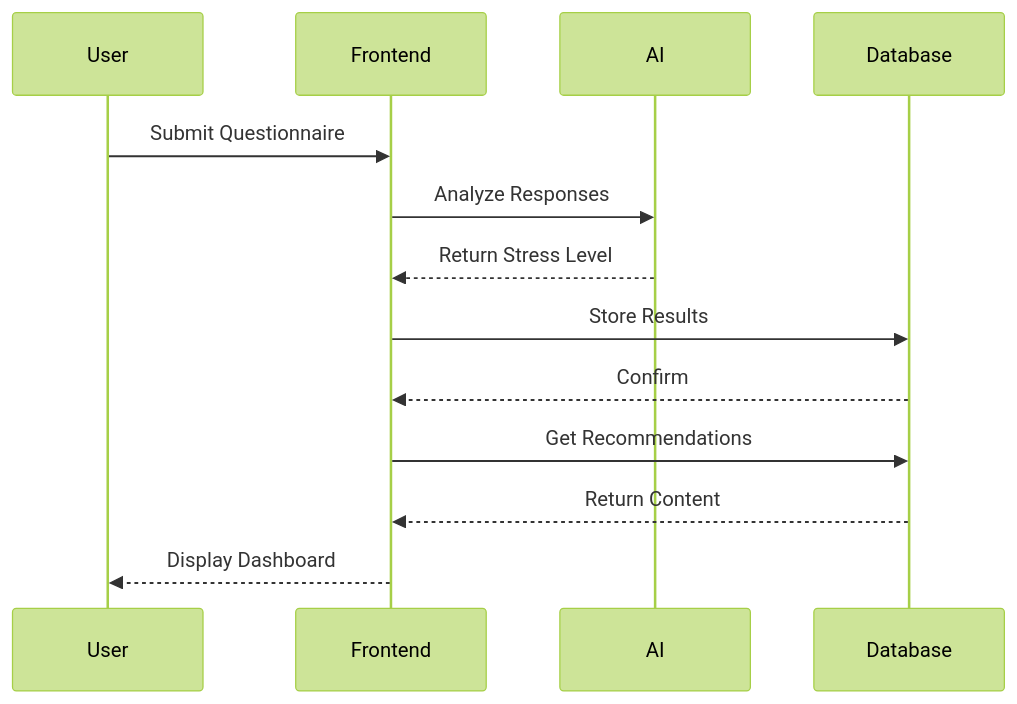
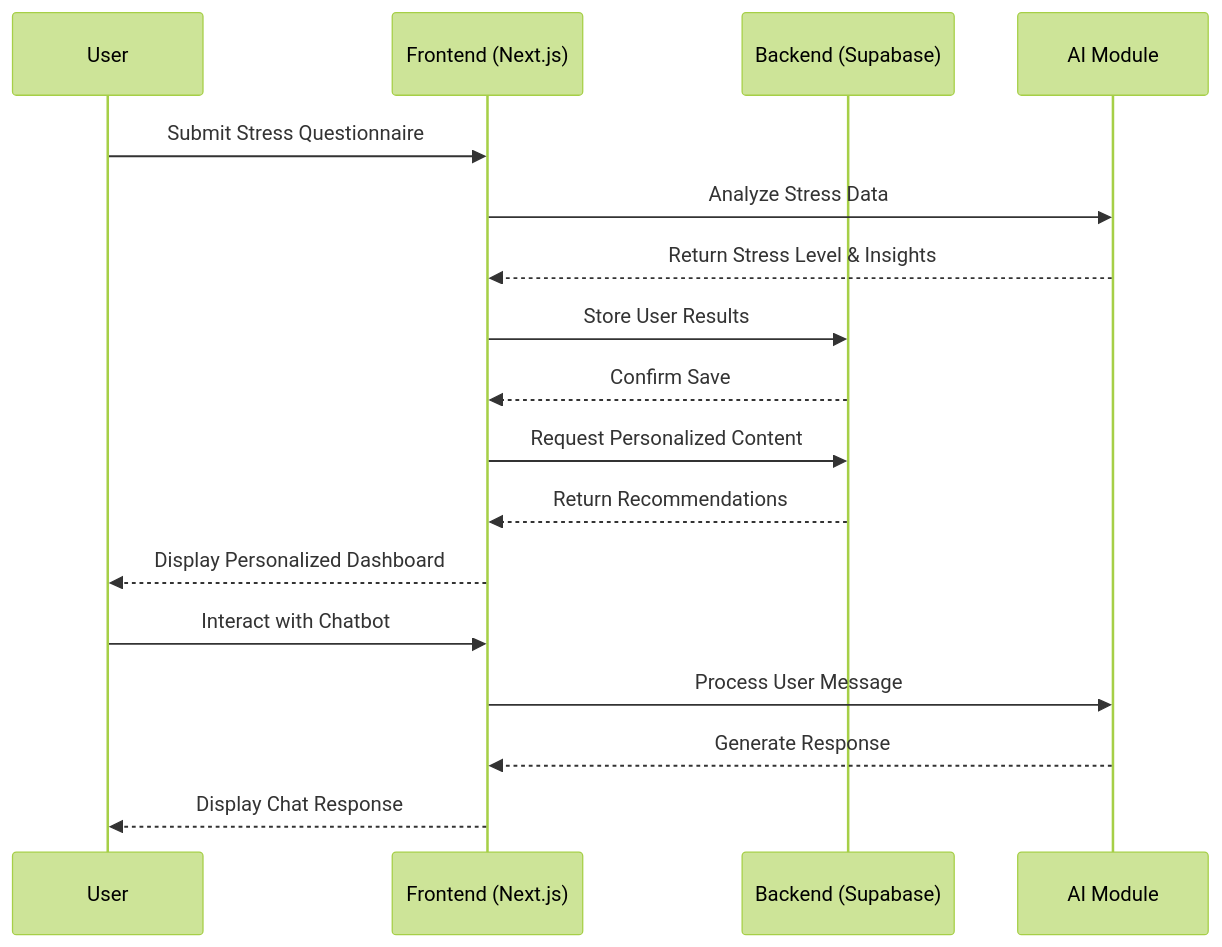
One commit to Hardik-369/AI-Stree-Reducer-Document changed the third of 5 diagrams in AI_Stress_Reducer_Report_Compact_Final.md. Above: the diagram before and after it, drawn with Mermaid (forest theme). The commit also changed other lines of this file, not shown here.

````diff
--- a/AI_Stress_Reducer_Report_Compact_Final.md
+++ b/AI_Stress_Reducer_Report_Compact_Final.md
@@ -143,11 +159,21 @@
 ```mermaid
 sequenceDiagram
-    User->>Frontend: Submit Questionnaire
-    Frontend->>AI: Analyze Responses
-    AI-->>Frontend: Return Stress Level
-    Frontend->>Database: Store Results
-    Database-->>Frontend: Confirm
-    Frontend->>Database: Get Recommendations
-    Database-->>Frontend: Return Content
-    Frontend-->>User: Display Dashboard
+    participant U as User
+    participant F as Frontend (Next.js)
+    participant B as Backend (Supabase)
+    participant AI as AI Module
+
+    U->>F: Submit Stress Questionnaire
+    F->>AI: Analyze Stress Data
+    AI-->>F: Return Stress Level & Insights
+    F->>B: Store User Results
+    B-->>F: Confirm Save
+    F->>B: Request Personalized Content
+    B-->>F: Return Recommendations
+    F-->>U: Display Personalized Dashboard
+    
+    U->>F: Interact with Chatbot
+    F->>AI: Process User Message
+    AI-->>F: Generate Response
+    F-->>U: Display Chat Response
 ```
````
